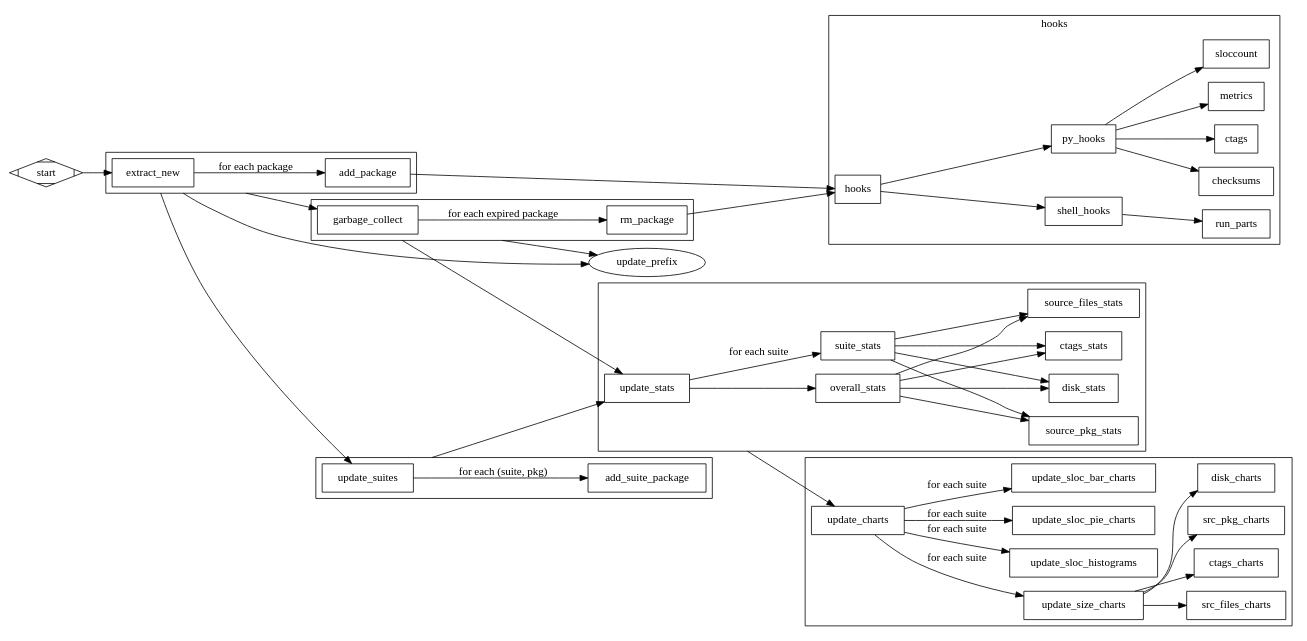
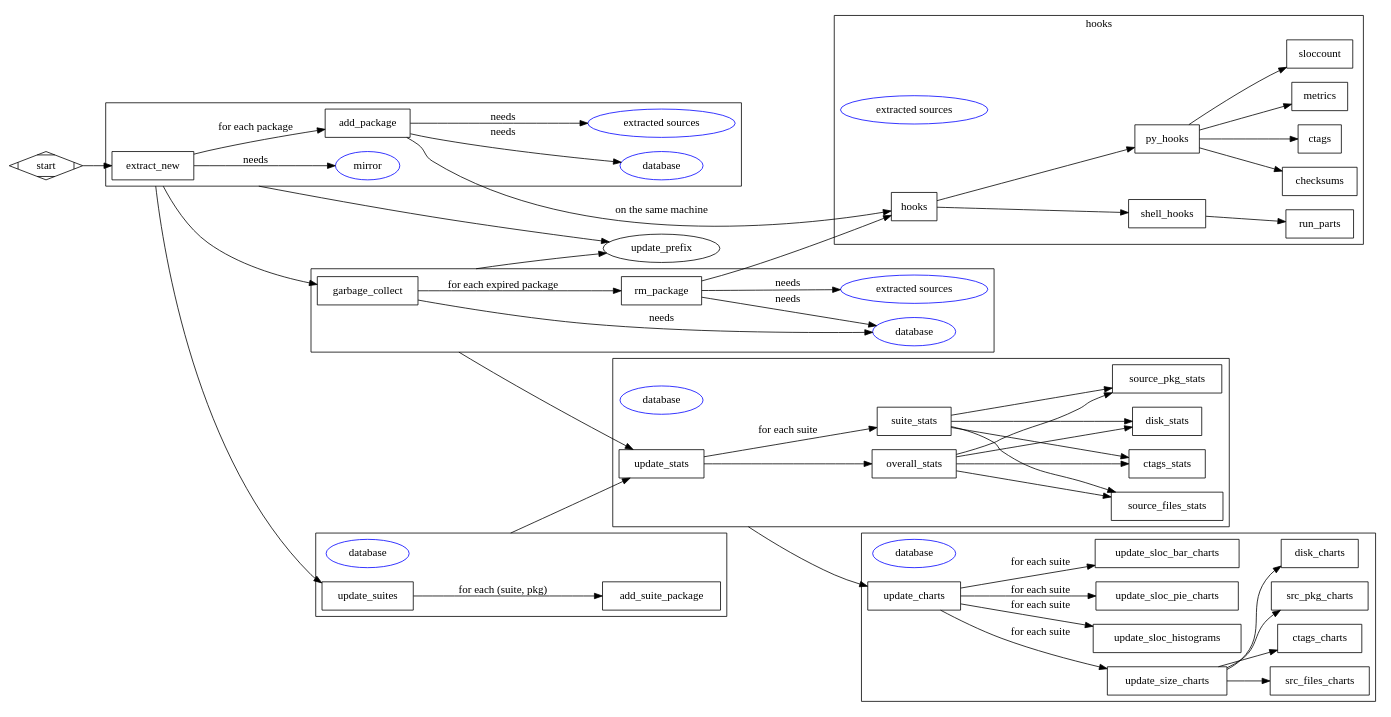
Before and after one commit to Debian/debsources: the diagram in doc/async_tasks.dot, drawn with Graphviz.

Commit message:
async: add resource dependencies to the task graph

```diff
--- a/doc/async_tasks.dot
+++ b/doc/async_tasks.dot
@@ -1,84 +1,110 @@
 digraph Base {
         compound = true;
         rankdir=LR;
         subgraph cluster_extract {
+          mirror [shape=ellipse, color=blue]
+          database_ext [shape=ellipse, color=blue, label="database"];
+          sources_ext [shape=ellipse, color=blue, label="extracted sources"];
+
+
           node [shape=box];
           extract_new -> add_package [label="for each package"]
+
+          # resources
+          extract_new -> mirror[label="needs"];
+          add_package -> database_ext[label="needs"];
+          add_package -> sources_ext[label="needs"];
         }
         subgraph cluster_gc {
                 node [shape=box];
+
                 garbage_collect -> rm_package [label="for each expired package"];
+
+                # resources
+
+                database_gc [shape=ellipse, color=blue, label="database"];
+                sources_gc [shape=ellipse, color=blue, label="extracted sources"];
+
+                garbage_collect -> database_gc[label="needs"];
+                rm_package -> database_gc[label="needs"];
+                rm_package -> sources_gc[label="needs"];
+
+
         }
 
         subgraph cluster_suites {
+                database [shape=ellipse, color=blue];
                 node [shape=box];
                 update_suites -> add_suite_package [label="for each (suite, pkg)"];
         }
 
         subgraph cluster_stats {
+                database_stats [shape=ellipse, color=blue, label="database"];
+
                  node [shape=box];
 
                  update_stats -> overall_stats;
                  update_stats -> suite_stats [label="for each suite"];
 
                  suite_stats -> disk_stats;
                  suite_stats -> source_pkg_stats;
                  suite_stats -> source_files_stats;
                  suite_stats -> ctags_stats;
 
                  overall_stats -> disk_stats;
                  overall_stats -> source_pkg_stats;
                  overall_stats -> source_files_stats;
                  overall_stats -> ctags_stats;
-
         }
 
         subgraph cluster_charts {
+                database_charts [shape=ellipse, color=blue, label="database"];
                  node [shape=box];
                  update_charts -> update_size_charts [label="for each suite"];
                  update_charts -> update_sloc_histograms [label="for each suite"];
                  update_charts -> update_sloc_pie_charts [label="for each suite"];
                  update_charts -> update_sloc_bar_charts [label="for each suite"];
 
                  update_size_charts -> src_pkg_charts;
                  update_size_charts -> disk_charts;
                  update_size_charts -> src_files_charts;
                  update_size_charts -> ctags_charts;
 
         }
 
         subgraph cluster_hooks {
+                sources [shape=ellipse, color=blue, label="extracted sources"];
                  node [shape=box];
                  label = "hooks";
-                 add_package -> hooks;
+                 add_package -> hooks [label="on the same machine"];
                  rm_package -> hooks;
                  hooks -> shell_hooks;
                  hooks -> py_hooks;
                  shell_hooks -> run_parts;
                  py_hooks -> checksums;
                  py_hooks -> ctags;
                  py_hooks -> metrics;
                  py_hooks -> sloccount;
         }
 
         start -> extract_new;
         extract_new -> update_suites [ltail=cluster_extract];
         extract_new -> garbage_collect [ltail=cluster_extract];
 
         extract_new -> update_prefix [ltail=cluster_extract];
         garbage_collect -> update_prefix [ltail=cluster_gc];
 
         garbage_collect -> update_stats [ltail=cluster_gc];
         update_suites -> update_stats [ltail=cluster_suites];
         update_stats -> update_charts [ltail=cluster_stats];
 
 #        extract_new -> update_timestamp [ltail=cluster_extract];
 #        garbage_collect -> update_timestamp [ltail=cluster_gc];
 #        update_suites -> update_timestamp [ltail=cluster_suites];
 #        update_stats -> update_timestamp [ltail=cluster_stats];
 
 
 
 
         start [shape=Mdiamond];
 }
```
